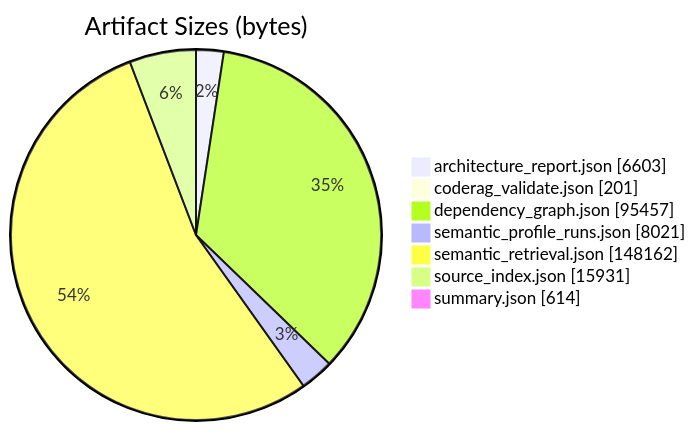
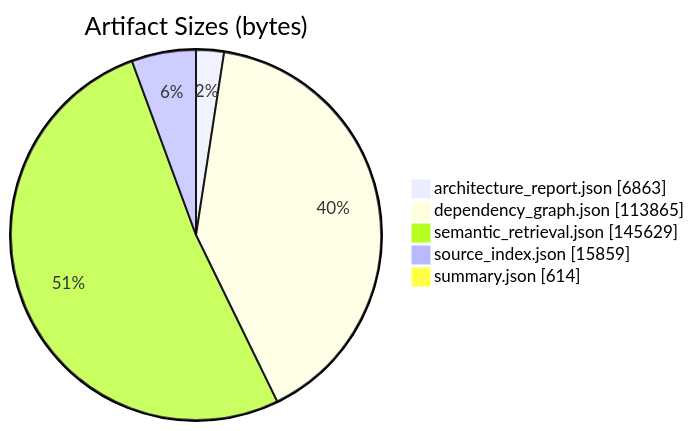
Before and after one commit to scl2bp/refactor_cli: the second of 7 diagrams in .refactor/analysis/candidates/report.md, drawn with Mermaid. The commit also changed other lines of this file and 7 other files, not shown here.

````diff
--- a/.refactor/analysis/candidates/report.md
+++ b/.refactor/analysis/candidates/report.md
@@ -45,11 +43,9 @@
 ```mermaid
 pie showData
   title Artifact Sizes (bytes)
-  "architecture_report.json" : 6603
-  "coderag_validate.json" : 201
-  "dependency_graph.json" : 95457
-  "semantic_profile_runs.json" : 8021
-  "semantic_retrieval.json" : 148162
-  "source_index.json" : 15931
+  "architecture_report.json" : 6863
+  "dependency_graph.json" : 113865
+  "semantic_retrieval.json" : 145629
+  "source_index.json" : 15859
   "summary.json" : 614
 ```
````
